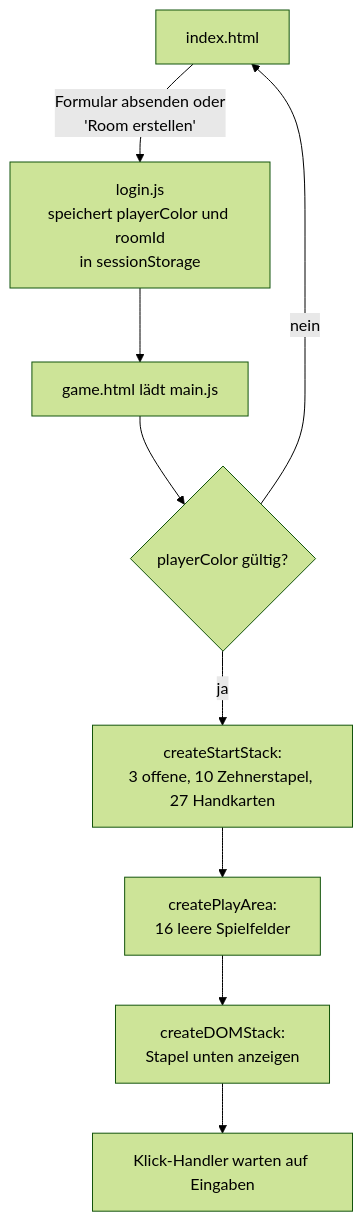
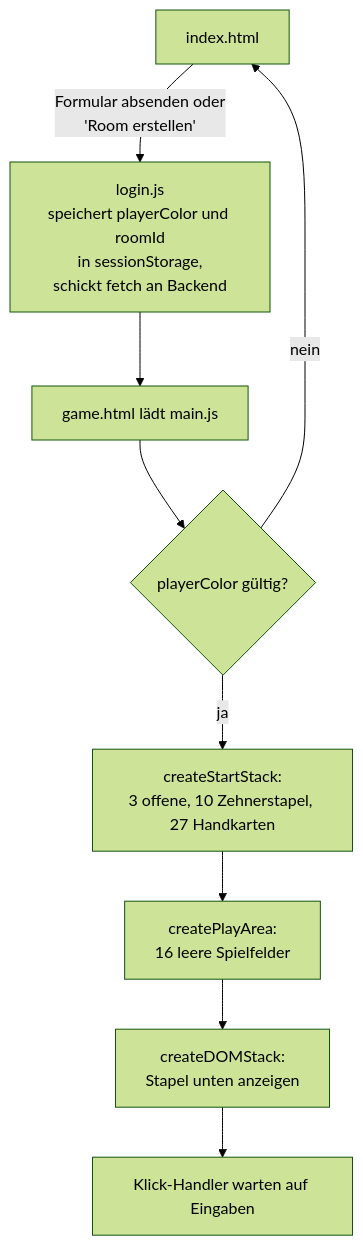
The diagram in Dokumentation/Technische-Doku.md (arunmael/Ligretto), drawn with Mermaid (forest theme) before and after one commit. The commit also changed other lines of this file and 9 other files, not shown here.

First line of the commit message:
Erste FastAPI-Routen zum Erstellen von und Beitreten zu Räumen

````diff
--- a/Dokumentation/Technische-Doku.md
+++ b/Dokumentation/Technische-Doku.md
@@ -92,11 +105,11 @@
 ```mermaid
 flowchart TD
-    A[index.html] -->|Formular absenden oder<br>'Room erstellen'| B[login.js<br>speichert playerColor und roomId<br>in sessionStorage]
+    A[index.html] -->|Formular absenden oder<br>'Room erstellen'| B[login.js<br>speichert playerColor und roomId<br>in sessionStorage,<br>schickt fetch an Backend]
     B --> C[game.html lädt main.js]
     C --> D{playerColor gültig?}
     D -->|nein| A
     D -->|ja| E[createStartStack:<br>3 offene, 10 Zehnerstapel, 27 Handkarten]
     E --> F[createPlayArea:<br>16 leere Spielfelder]
     F --> G[createDOMStack:<br>Stapel unten anzeigen]
     G --> H[Klick-Handler warten auf Eingaben]
 ```
````
